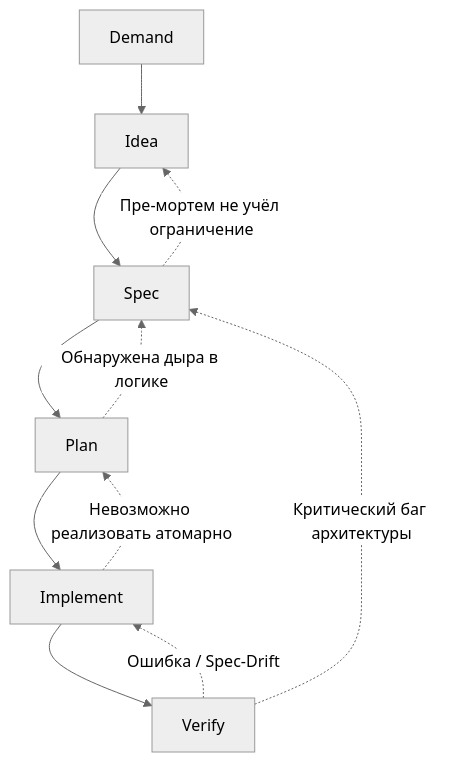
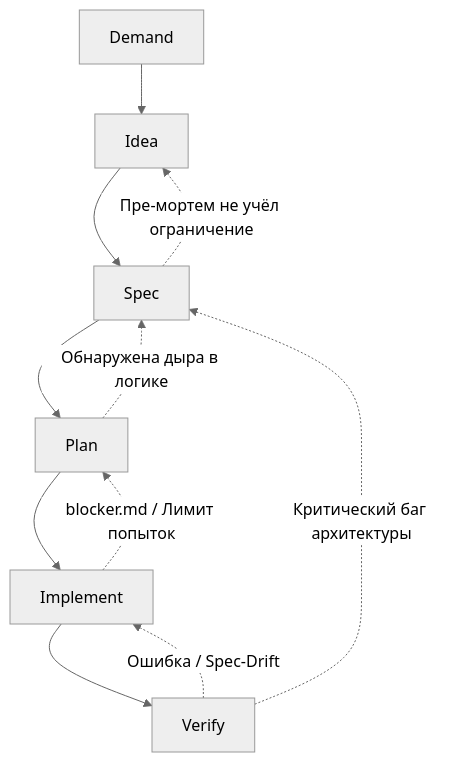
One commit to bulbigood/dispiv changed the second of 2 diagrams in README.md. Above: the diagram before and after it, drawn with Mermaid (neutral theme). The commit also changed other lines of this file, not shown here.

````diff
--- a/README.md
+++ b/README.md
@@ -77,14 +74,14 @@
 ```mermaid
 graph TD
-    D[Demand] --> I[Idea]
-    I --> S[Spec]
-    S --> P[Plan]
-    P --> B[Implement]
-    B --> V[Verify]
+    Dem[Demand] --> Id[Idea]
+    Id --> Sp[Spec]
+    Sp --> Pl[Plan]
+    Pl --> Impl[Implement]
+    Impl --> Ver[Verify]
 
-    V -. "Ошибка / Spec-Drift" .-> B
-    V -. "Критический баг архитектуры" .-> S
-    B -. "Невозможно реализовать атомарно" .-> P
-    P -. "Обнаружена дыра в логике" .-> S
-    S -. "Пре-мортем не учёл ограничение" .-> I
+    Ver -. "Ошибка / Spec-Drift" .-> Impl
+    Ver -. "Критический баг архитектуры" .-> Sp
+    Impl -. "blocker.md / Лимит попыток" .-> Pl
+    Pl -. "Обнаружена дыра в логике" .-> Sp
+    Sp -. "Пре-мортем не учёл ограничение" .-> Id
 ```
````
